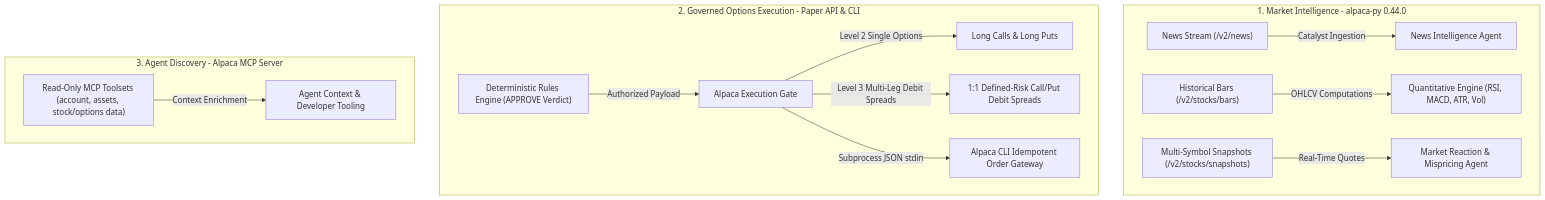
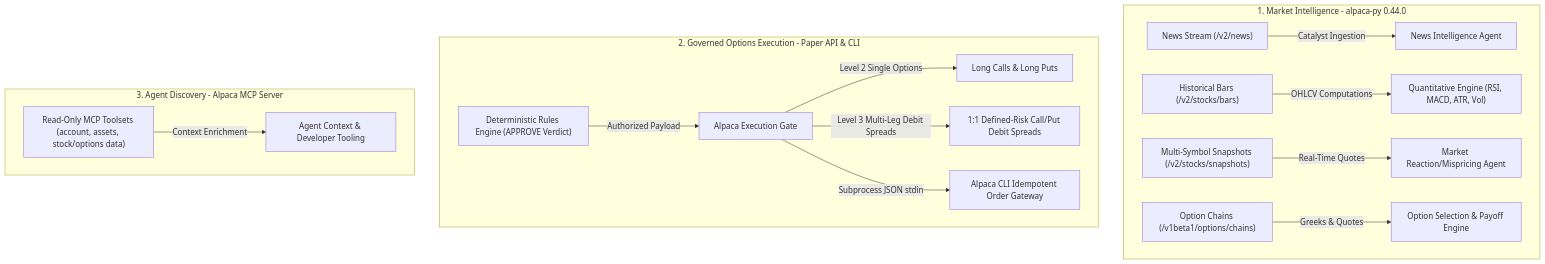
One commit to MaChewwwww/PRISM changed the second of 3 diagrams in README.md. Above: the diagram before and after it, drawn with Mermaid. The commit also changed other lines of this file, not shown here.

Commit message:
docs(readme): synchronize system architecture, 5-minute cadence, and post-analysis engine

````diff
--- a/README.md
+++ b/README.md
@@ -98,19 +99,20 @@
 ```mermaid
 flowchart TD
     subgraph MarketData["1. Market Intelligence - alpaca-py 0.44.0"]
         A1["News Stream (/v2/news)"] -->|Catalyst Ingestion| B1["News Intelligence Agent"]
         A2["Historical Bars (/v2/stocks/bars)"] -->|OHLCV Computations| B2["Quantitative Engine (RSI, MACD, ATR, Vol)"]
-        A3["Multi-Symbol Snapshots (/v2/stocks/snapshots)"] -->|Real-Time Quotes| B3["Market Reaction & Mispricing Agent"]
+        A3["Multi-Symbol Snapshots (/v2/stocks/snapshots)"] -->|Real-Time Quotes| B3["Market Reaction/Mispricing Agent"]
+        A4["Option Chains (/v1beta1/options/chains)"] -->|Greeks & Quotes| B4["Option Selection & Payoff Engine"]
     end
 
     subgraph PaperExecution["2. Governed Options Execution - Paper API & CLI"]
         C1["Deterministic Rules Engine (APPROVE Verdict)"] -->|Authorized Payload| C2["Alpaca Execution Gate"]
         C2 -->|Level 2 Single Options| D1["Long Calls & Long Puts"]
         C2 -->|Level 3 Multi-Leg Debit Spreads| D2["1:1 Defined-Risk Call/Put Debit Spreads"]
         C2 -->|Subprocess JSON stdin| D3["Alpaca CLI Idempotent Order Gateway"]
     end
 
     subgraph Exploration["3. Agent Discovery - Alpaca MCP Server"]
         E1["Read-Only MCP Toolsets (account, assets, stock/options data)"] -->|Context Enrichment| E2["Agent Context & Developer Tooling"]
     end
 ```
````
